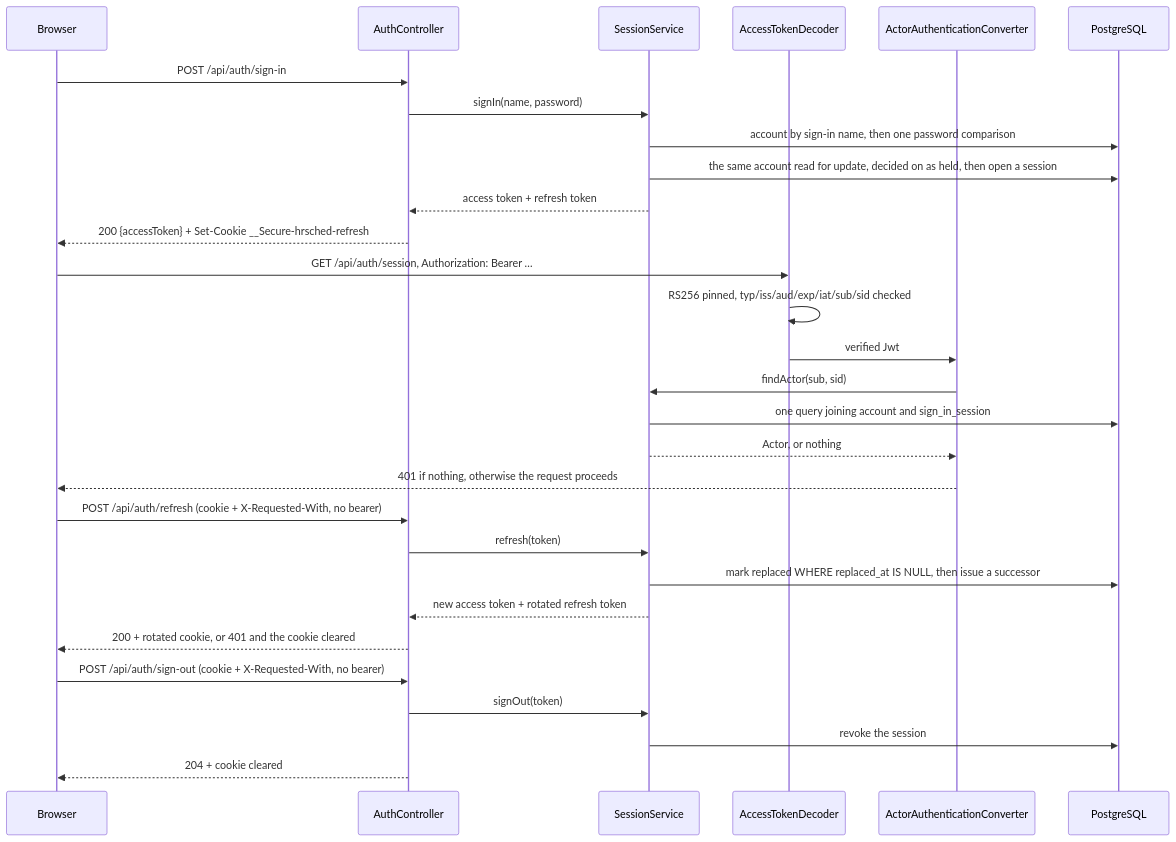
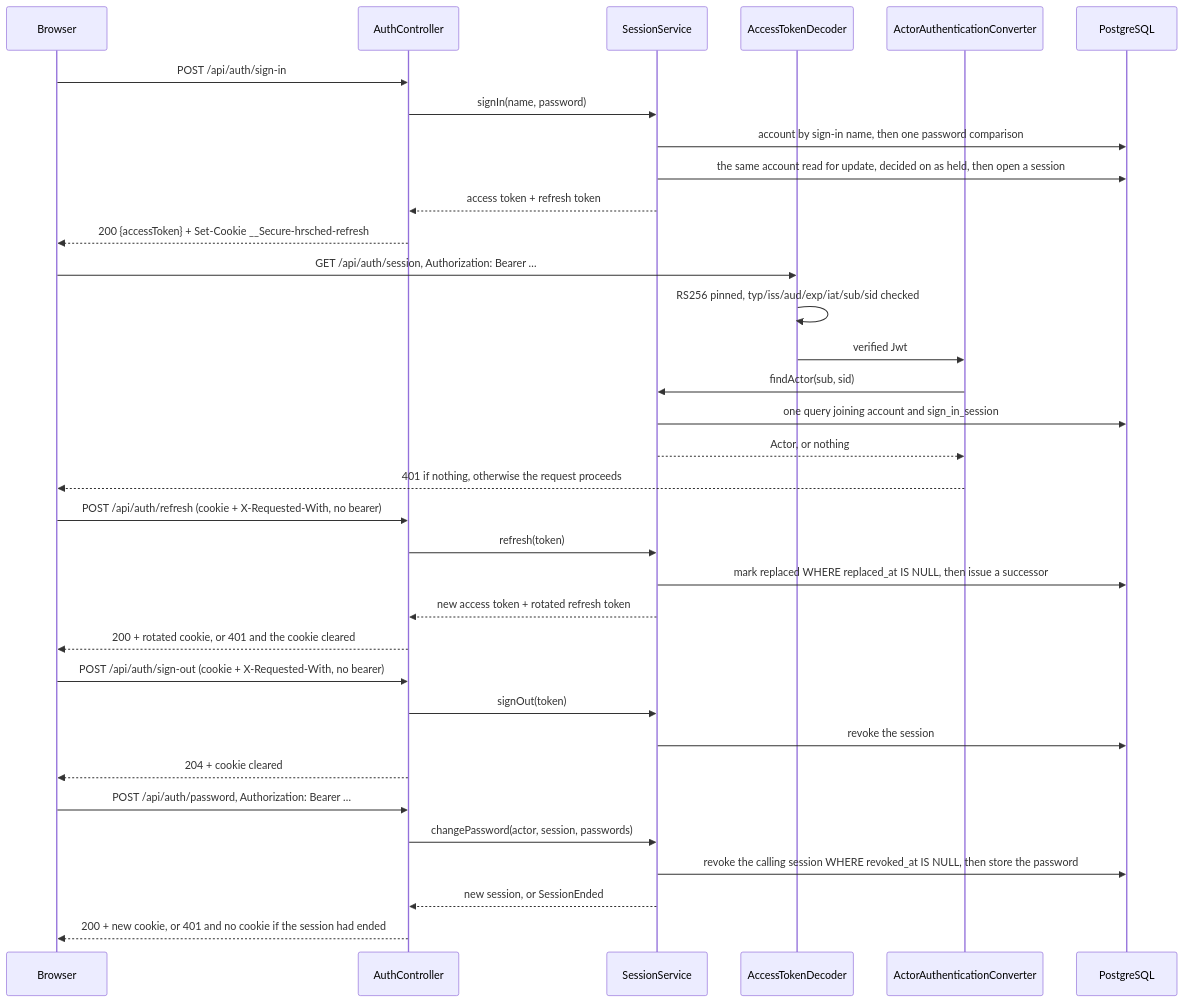
Before and after one commit to NaimElijah/HrSched: the second of 3 diagrams in docs/architecture/architecture.md, drawn with Mermaid. The commit also changed other lines of this file and 7 other files, not shown here.

````diff
--- a/docs/architecture/architecture.md
+++ b/docs/architecture/architecture.md
@@ -222,35 +223,41 @@
 ```mermaid
 sequenceDiagram
     participant B as Browser
     participant A as AuthController
     participant S as SessionService
     participant D as AccessTokenDecoder
     participant V as ActorAuthenticationConverter
     participant DB as PostgreSQL
 
     B->>A: POST /api/auth/sign-in
     A->>S: signIn(name, password)
     S->>DB: account by sign-in name, then one password comparison
     S->>DB: the same account read for update, decided on as held, then open a session
     S-->>A: access token + refresh token
     A-->>B: 200 {accessToken} + Set-Cookie __Secure-hrsched-refresh
 
     B->>D: GET /api/auth/session, Authorization: Bearer …
     D->>D: RS256 pinned, typ/iss/aud/exp/iat/sub/sid checked
     D->>V: verified Jwt
     V->>S: findActor(sub, sid)
     S->>DB: one query joining account and sign_in_session
     S-->>V: Actor, or nothing
     V-->>B: 401 if nothing, otherwise the request proceeds
 
     B->>A: POST /api/auth/refresh (cookie + X-Requested-With, no bearer)
     A->>S: refresh(token)
     S->>DB: mark replaced WHERE replaced_at IS NULL, then issue a successor
     S-->>A: new access token + rotated refresh token
     A-->>B: 200 + rotated cookie, or 401 and the cookie cleared
 
     B->>A: POST /api/auth/sign-out (cookie + X-Requested-With, no bearer)
     A->>S: signOut(token)
     S->>DB: revoke the session
     A-->>B: 204 + cookie cleared
+
+    B->>A: POST /api/auth/password, Authorization: Bearer …
+    A->>S: changePassword(actor, session, passwords)
+    S->>DB: revoke the calling session WHERE revoked_at IS NULL, then store the password
+    S-->>A: new session, or SessionEnded
+    A-->>B: 200 + new cookie, or 401 and no cookie if the session had ended
 ```
````
